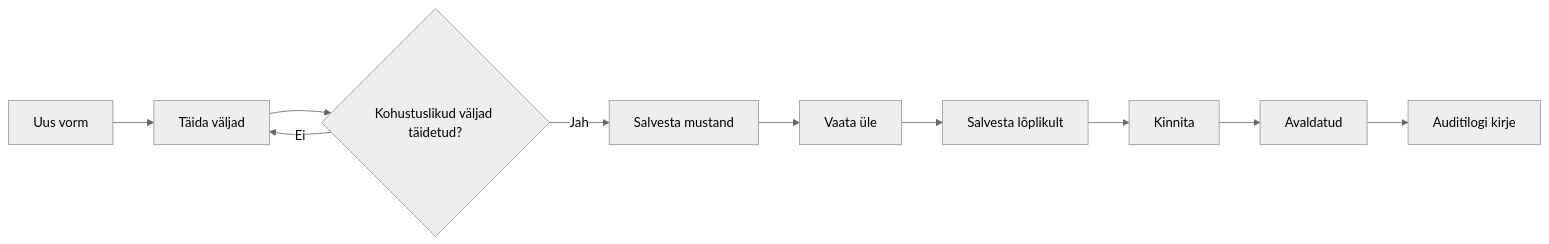
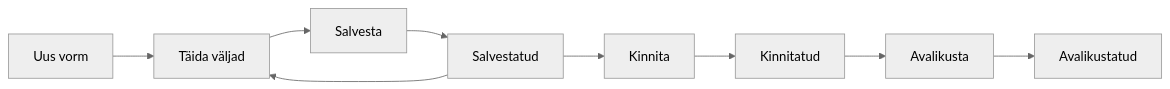
One commit to kemit-ee/ljvis-2 changed the diagram in docs/user-guide/05-vormide-uldine.md. Above: the diagram before and after it, drawn with Mermaid (neutral theme). The commit also changed other lines of this file and 31 other files, not shown here.

````diff
--- a/docs/user-guide/05-vormide-uldine.md
+++ b/docs/user-guide/05-vormide-uldine.md
@@ -17,12 +19,11 @@
 ```mermaid
 flowchart LR
     A[Uus vorm] --> B[Täida väljad]
-    B --> C{Kohustuslikud väljad täidetud?}
-    C -->|Ei| B
-    C -->|Jah| D[Salvesta mustand]
-    D --> E[Vaata üle]
-    E --> F[Salvesta lõplikult]
-    F --> G[Kinnita]
-    G --> H[Avaldatud]
-    H --> I[Auditilogi kirje]
+    B --> C[Salvesta]
+    C --> D[Salvestatud]
+    D --> B
+    D --> E[Kinnita]
+    E --> F[Kinnitatud]
+    F --> G[Avalikusta]
+    G --> H[Avalikustatud]
 ```
````
